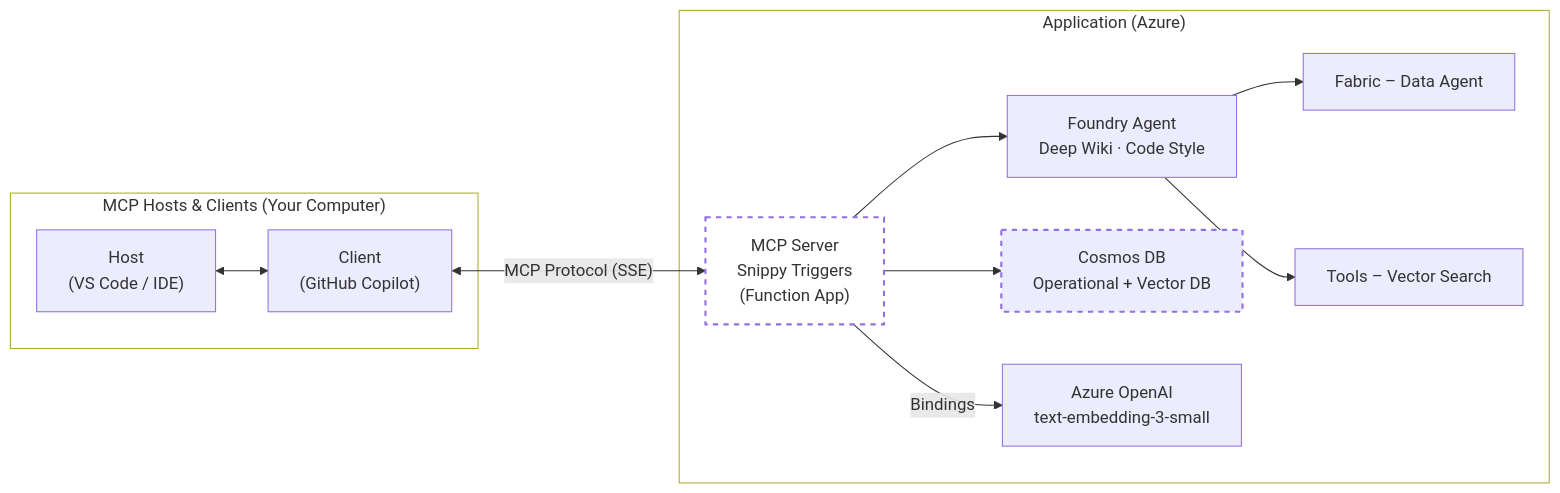
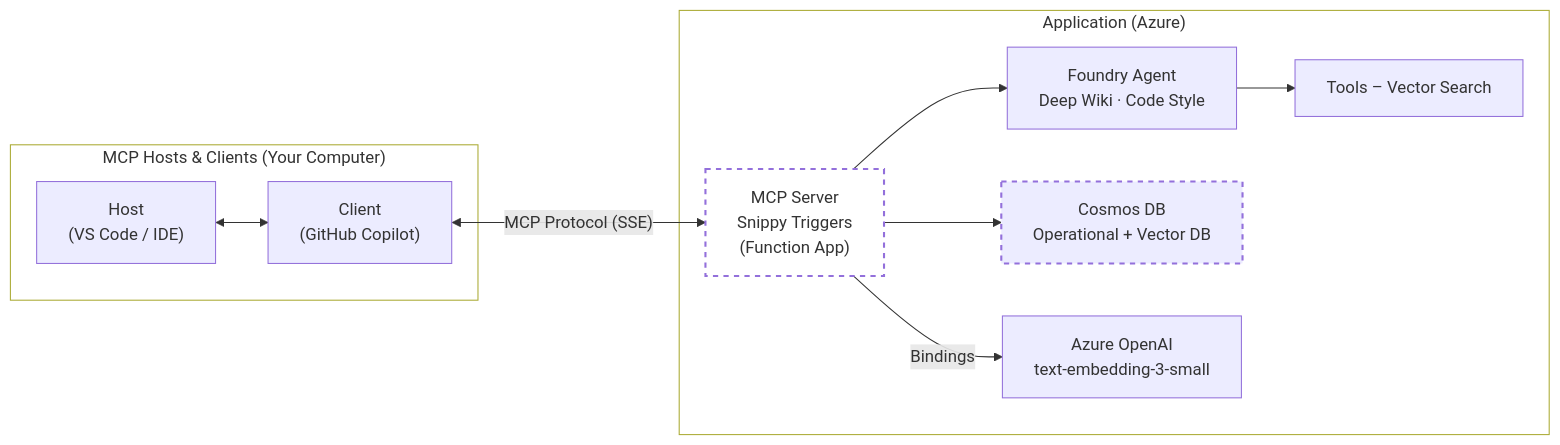
One commit to zevanreg/snippy-ai-hackathon changed the diagram in README.md. Above: the diagram before and after it, drawn with Mermaid. The commit also changed other lines of this file, not shown here.

````diff
--- a/README.md
+++ b/README.md
@@ -75,39 +71,37 @@
 ```mermaid
 flowchart LR
     %% ─── MCP Hosts & Clients (local) ──────────────────────────────
     subgraph mcphosts["MCP Hosts & Clients (Your Computer)"]
         Host["Host<br/>(VS Code / IDE)"]
         Client["Client<br/>(GitHub Copilot)"]
     end
 
     %% ─── Application on Azure (remote) ────────────────────────────
     subgraph app["Application (Azure)"]
         Snippy["MCP Server<br/>Snippy Triggers<br/>(Function App)"]:::dashed
         Foundry["Foundry Agent<br/>Deep Wiki · Code Style"]
         Cosmos["Cosmos DB<br/>Operational + Vector DB"]:::datasource
         AOAI["Azure OpenAI<br/>text‑embedding‑3‑small"]
-        FabricDA["Fabric – Data Agent"]
         VectorTool["Tools – Vector Search"]
     end
 
     %% ─── Local interactions ───────────────────────────────────────
     Host <--> Client
 
     %% ─── MCP protocol to Azure ────────────────────────────────────
     Client <-- "MCP Protocol (SSE)" --> Snippy
 
     %% ─── Bindings & data flow inside Azure ────────────────────────
     Snippy -- Bindings --> AOAI
     Snippy --> Cosmos
     Snippy --> Foundry
-    Foundry --> FabricDA
     Foundry --> VectorTool
 
     %% ─── Styling ──────────────────────────────────────────────────
     classDef datasource stroke-width:2,stroke-dasharray:5 5
     classDef dashed stroke-width:2,stroke-dasharray:5 5,fill:transparent
     class Cosmos datasource
     class Snippy dashed
     style mcphosts fill:transparent
     style app fill:transparent
 ```
````
